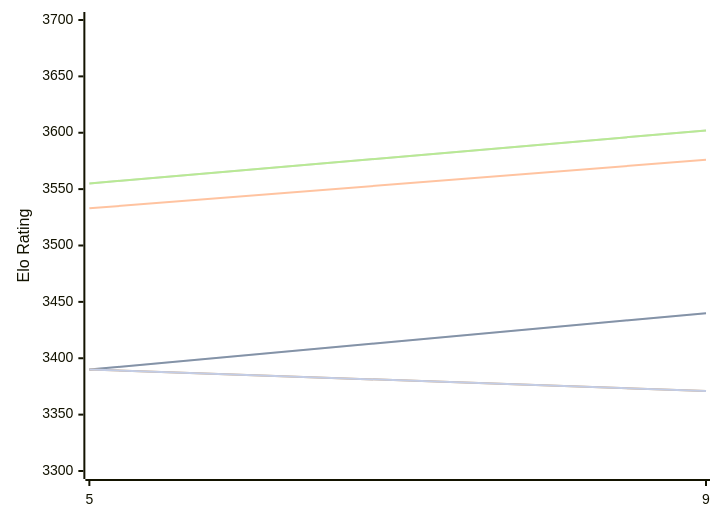
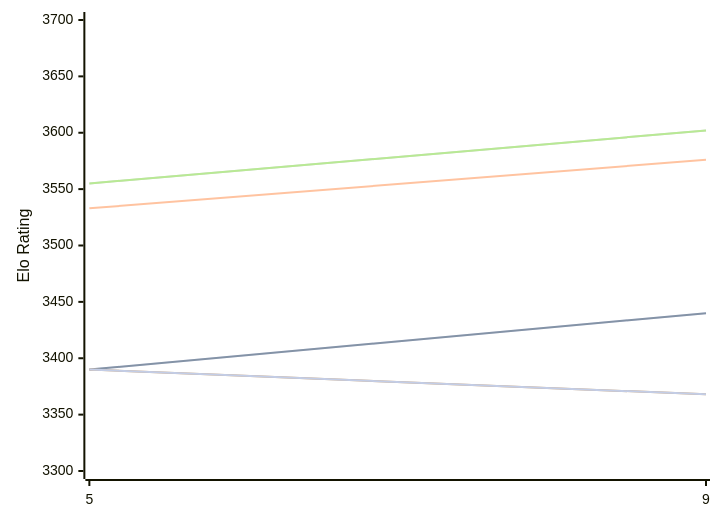
One commit to computer-chess-index/cci changed the diagram in engines/Crystal.md. Above: the diagram before and after it, drawn with Mermaid. The commit also changed other lines of this file, not shown here.

````diff
--- a/engines/Crystal.md
+++ b/engines/Crystal.md
@@ -48,13 +48,13 @@
 ```mermaid
 %%{init: {"theme":"base","themeVariables":{"seriesColors:['#a3a3a3','#222221','#faa371']}}}%%
 xychart-beta
   x-axis ["5", "9"]
   y-axis "Elo Rating" 3300 --> 3700
   line "" [3390, 3440]
   line "T1: STC (8.0+0.08s)" [3390, 3440]
   line "T1: LTC (60.0+0.60s)" [3533, 3576]
   line "" [3555, 3602]
   line "T1: VLTC (2m24s+1.12s)" [3555, 3602]
-  line "" [3390,3371]
-  line "E1: STC (8.0+0.08s)" [3390,3371]
+  line "" [3390,3368]
+  line "E1: STC (8.0+0.08s)" [3390,3368]
 ```
````
